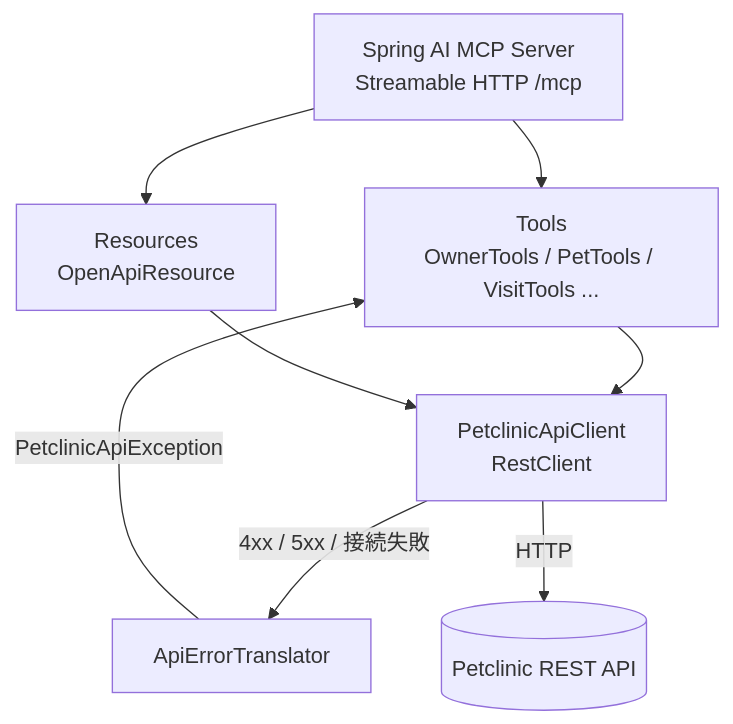
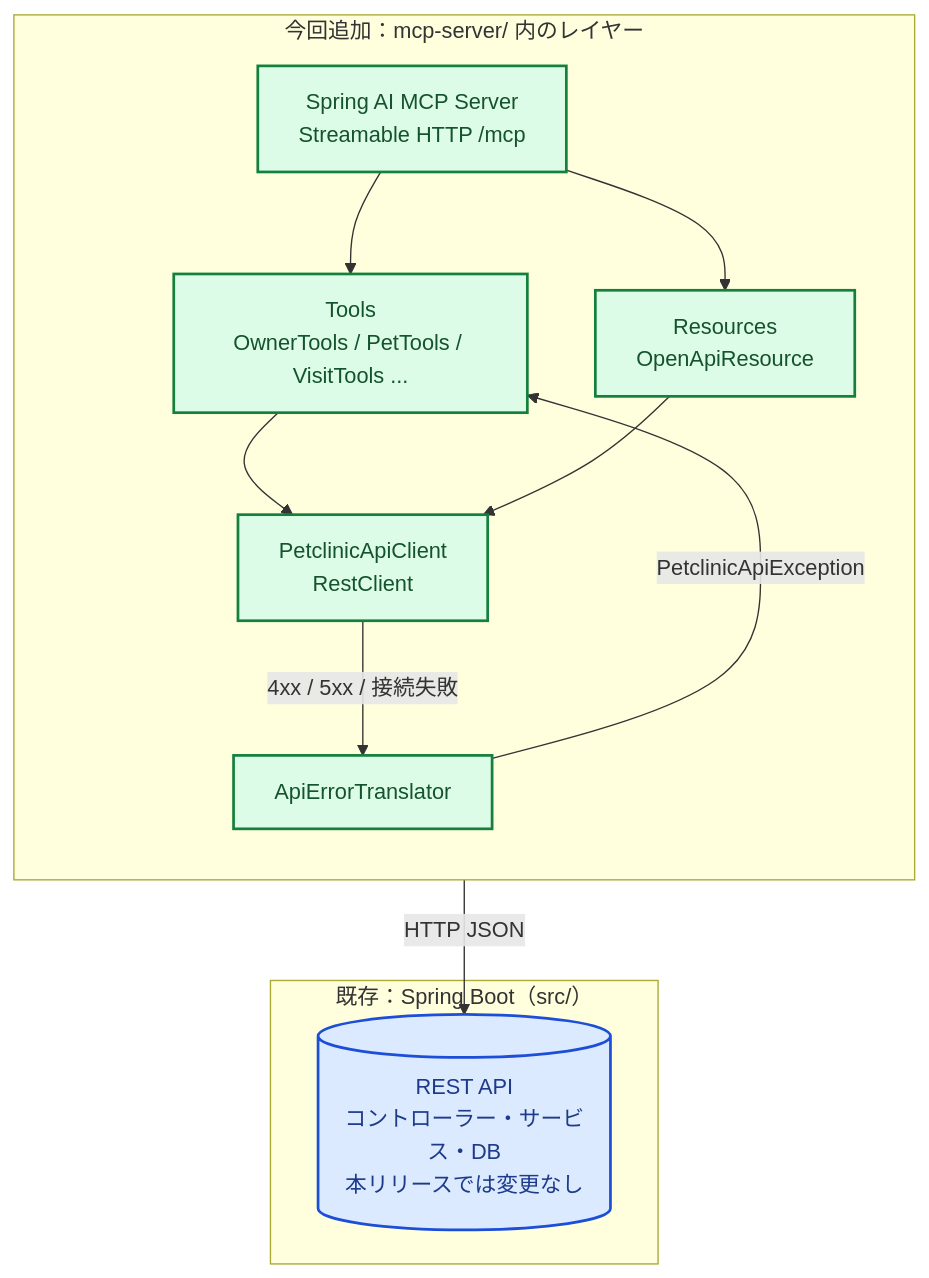
The second of 2 diagrams in docs/MCP導入/MCP連携機能設計書.md (nagatani-t01/mcpsample01), drawn with Mermaid before and after one commit. The commit also changed other lines of this file and 33 other files, not shown here.

````diff
--- a/docs/MCP導入/MCP連携機能設計書.md
+++ b/docs/MCP導入/MCP連携機能設計書.md
@@ -103,10 +120,29 @@
 ```mermaid
-flowchart TD
-    Transport[Spring AI MCP Server<br/>Streamable HTTP /mcp] --> Tools[Tools<br/>OwnerTools / PetTools / VisitTools ...]
-    Transport --> Res[Resources<br/>OpenApiResource]
-    Tools --> Client[PetclinicApiClient<br/>RestClient]
-    Res --> Client
-    Client -->|4xx / 5xx / 接続失敗| Translator[ApiErrorTranslator]
-    Translator -->|PetclinicApiException| Tools
-    Client -->|HTTP| API[(Petclinic REST API)]
+flowchart TB
+    subgraph mcpNew["今回追加：mcp-server/ 内のレイヤー"]
+        direction TB
+        Transport["Spring AI MCP Server<br/>Streamable HTTP /mcp"]
+        Tools["Tools<br/>OwnerTools / PetTools / VisitTools ..."]
+        Res["Resources<br/>OpenApiResource"]
+        Client["PetclinicApiClient<br/>RestClient"]
+        Translator["ApiErrorTranslator"]
+        Transport --> Tools
+        Transport --> Res
+        Tools --> Client
+        Res --> Client
+        Client -->|"4xx / 5xx / 接続失敗"| Translator
+        Translator -->|"PetclinicApiException"| Tools
+    end
+
+    subgraph existing["既存：Spring Boot（src/）"]
+        API[("REST API<br/>コントローラー・サービス・DB<br/>本リリースでは変更なし")]
+    end
+
+    Client -->|"HTTP JSON"| API
+
+    classDef mcpNew fill:#dcfce7,stroke:#15803d,stroke-width:2px,color:#14532d
+    classDef existing fill:#dbeafe,stroke:#1d4ed8,stroke-width:2px,color:#1e3a8a
+
+    class Transport,Tools,Res,Client,Translator mcpNew
+    class API existing
 ```
````
